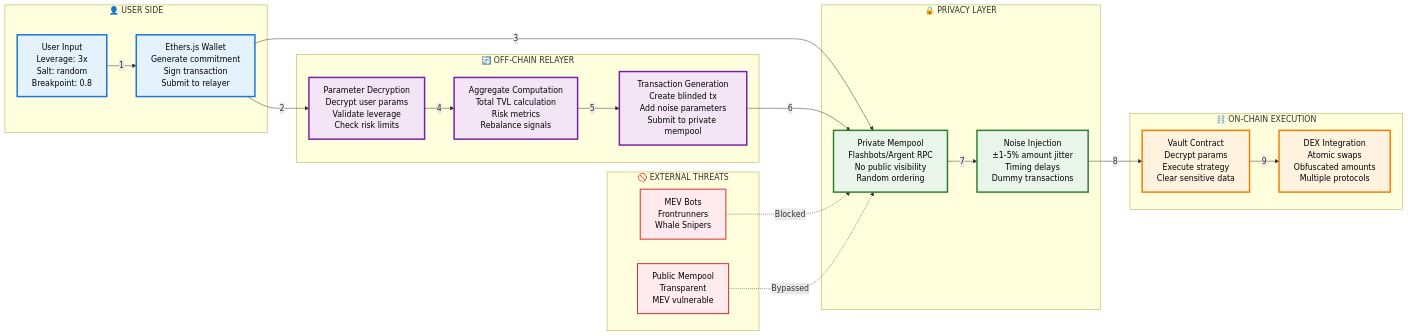
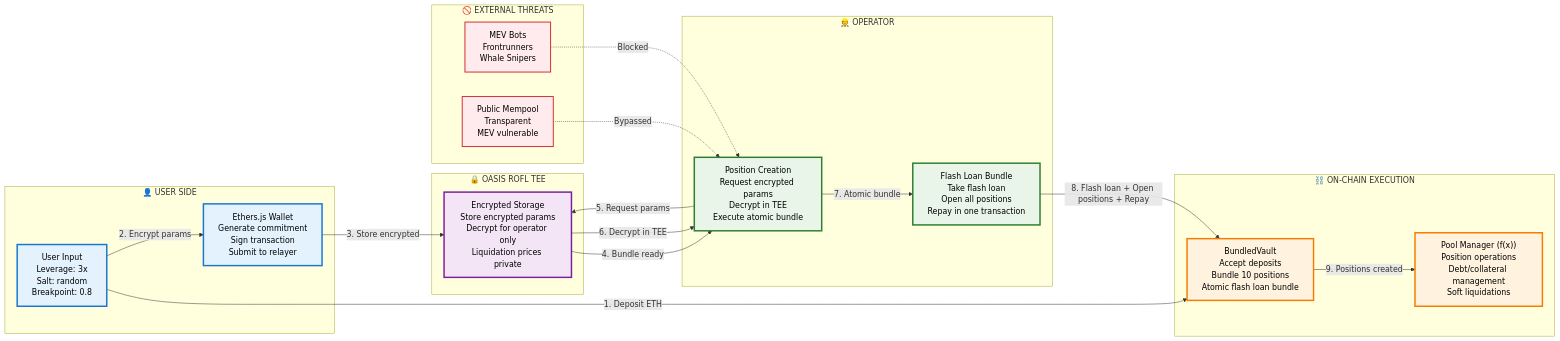
The fourth of 4 diagrams in mermaid/shadow-splitter.md (arseneeth/shayd), drawn with Mermaid before and after one commit. The commit also changed other lines of this file and 22 other files, not shown here.

````diff
--- a/mermaid/shadow-splitter.md
+++ b/mermaid/shadow-splitter.md
@@ -133,56 +142,54 @@
 ```mermaid
 graph LR
     subgraph USER["👤 USER SIDE"]
         A["User Input<br/>Leverage: 3x<br/>Salt: random<br/>Breakpoint: 0.8"]
         B["Ethers.js Wallet<br/>Generate commitment<br/>Sign transaction<br/>Submit to relayer"]
     end
     
-    subgraph RELAYER["🔄 OFF-CHAIN RELAYER"]
-        C["Parameter Decryption<br/>Decrypt user params<br/>Validate leverage<br/>Check risk limits"]
-        D["Aggregate Computation<br/>Total TVL calculation<br/>Risk metrics<br/>Rebalance signals"]
-        E["Transaction Generation<br/>Create blinded tx<br/>Add noise parameters<br/>Submit to private mempool"]
+    subgraph TEE["🔒 OASIS ROFL TEE"]
+        C["Encrypted Storage<br/>Store encrypted params<br/>Decrypt for operator only<br/>Liquidation prices private"]
     end
     
-    subgraph PRIVACY["🔒 PRIVACY LAYER"]
-        F["Private Mempool<br/>Flashbots/Argent RPC<br/>No public visibility<br/>Random ordering"]
-        G["Noise Injection<br/>±1-5% amount jitter<br/>Timing delays<br/>Dummy transactions"]
+    subgraph OPERATOR["👷 OPERATOR"]
+        F["Position Creation<br/>Request encrypted params<br/>Decrypt in TEE<br/>Execute atomic bundle"]
+        G["Flash Loan Bundle<br/>Take flash loan<br/>Open all positions<br/>Repay in one transaction"]
     end
     
     subgraph ONCHAIN["⛓️ ON-CHAIN EXECUTION"]
-        H["Vault Contract<br/>Decrypt params<br/>Execute strategy<br/>Clear sensitive data"]
-        I["DEX Integration<br/>Atomic swaps<br/>Obfuscated amounts<br/>Multiple protocols"]
+        H["BundledVault<br/>Accept deposits<br/>Bundle 10 positions<br/>Atomic flash loan bundle"]
+        I["Pool Manager (f(x))<br/>Position operations<br/>Debt/collateral management<br/>Soft liquidations"]
     end
     
     subgraph THREATS["🚫 EXTERNAL THREATS"]
         J["MEV Bots<br/>Frontrunners<br/>Whale Snipers"]
         K["Public Mempool<br/>Transparent<br/>MEV vulnerable"]
     end
     
     %% Main flow
-    A -->|"1"| B
-    B -->|"2"| C
-    B -->|"3"| F
-    C -->|"4"| D
-    D -->|"5"| E
-    E -->|"6"| F
-    F -->|"7"| G
-    G -->|"8"| H
-    H -->|"9"| I
+    A -->|"1. Deposit ETH"| H
+    A -->|"2. Encrypt params"| B
+    B -->|"3. Store encrypted"| C
+    C -->|"4. Bundle ready"| F
+    F -->|"5. Request params"| C
+    C -->|"6. Decrypt in TEE"| F
+    F -->|"7. Atomic bundle"| G
+    G -->|"8. Flash loan + Open positions + Repay"| H
+    H -->|"9. Positions created"| I
     
     %% Threat interactions
     J -.->|"Blocked"| F
     K -.->|"Bypassed"| F
     
     %% Styling
     classDef userStyle fill:#e3f2fd,stroke:#1976d2,stroke-width:3px,color:#000
-    classDef relayerStyle fill:#f3e5f5,stroke:#7b1fa2,stroke-width:3px,color:#000
-    classDef privacyStyle fill:#e8f5e8,stroke:#2e7d32,stroke-width:3px,color:#000
+    classDef teeStyle fill:#f3e5f5,stroke:#7b1fa2,stroke-width:3px,color:#000
+    classDef operatorStyle fill:#e8f5e8,stroke:#2e7d32,stroke-width:3px,color:#000
     classDef onchainStyle fill:#fff3e0,stroke:#f57c00,stroke-width:3px,color:#000
     classDef threatStyle fill:#ffebee,stroke:#d32f2f,stroke-width:2px,color:#000
     
     class A,B userStyle
-    class C,D,E relayerStyle
-    class F,G privacyStyle
+    class C teeStyle
+    class F,G operatorStyle
     class H,I onchainStyle
     class J,K threatStyle
 ```
````
